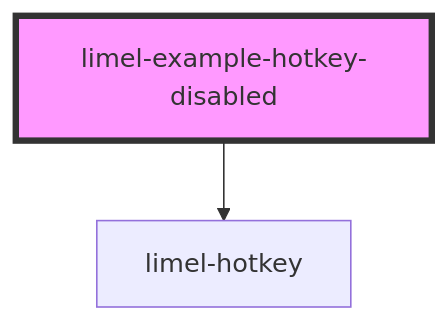
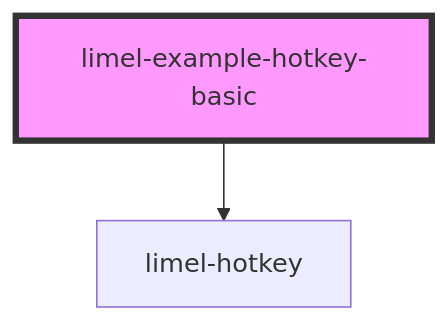
The diagram in versions/PR-4079/markdown-docs/components/hotkey/examples/readme.md (Lundalogik/lime-elements), drawn with Mermaid before and after one commit. The commit also changed other lines of this file and 8 other files, not shown here.

````diff
--- a/versions/PR-4079/markdown-docs/components/hotkey/examples/readme.md
+++ b/versions/PR-4079/markdown-docs/components/hotkey/examples/readme.md
@@ -20,5 +46,5 @@
 ```mermaid
 graph TD;
-  limel-example-hotkey-disabled --> limel-hotkey
-  style limel-example-hotkey-disabled fill:#f9f,stroke:#333,stroke-width:4px
+  limel-example-hotkey-basic --> limel-hotkey
+  style limel-example-hotkey-basic fill:#f9f,stroke:#333,stroke-width:4px
 ```
````
